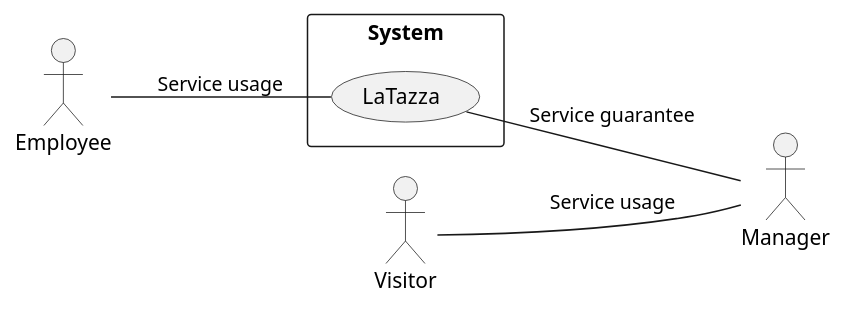
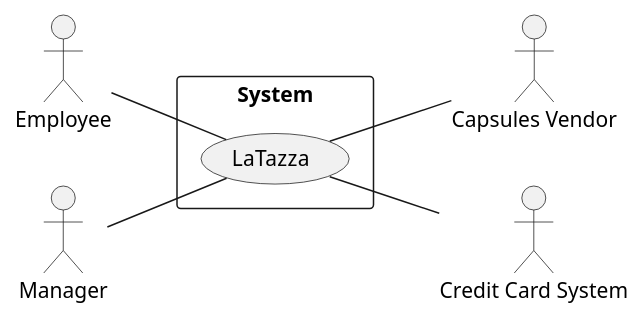
Before and after one commit to s41m0n/LaTazza: the first of 4 diagrams in templates/RequirementsDocument.md, drawn with PlantUML. The commit also changed other lines of this file, not shown here.

Commit message:
Issues #12 #13 first fix

````diff
--- a/templates/RequirementsDocument.md
+++ b/templates/RequirementsDocument.md
@@ -58,13 +58,16 @@
 ```plantuml
 left to right direction
 skinparam packageStyle rectangle
-actor Employee as e
-actor Visitor as v
-actor Manager as m
+actor "Employee" as e
+actor "Manager" as m
+actor "Capsules Vendor" as cv
+actor "Credit Card System" as ccs
 
 rectangle System {
   (LaTazza) as lt
-  e--lt: "Service usage"
-  lt--m: "Service guarantee"
-  v--m: "Service usage"
+  e--lt
+  m--lt
+  lt--cv
+  lt--ccs
+}
 ```
````
